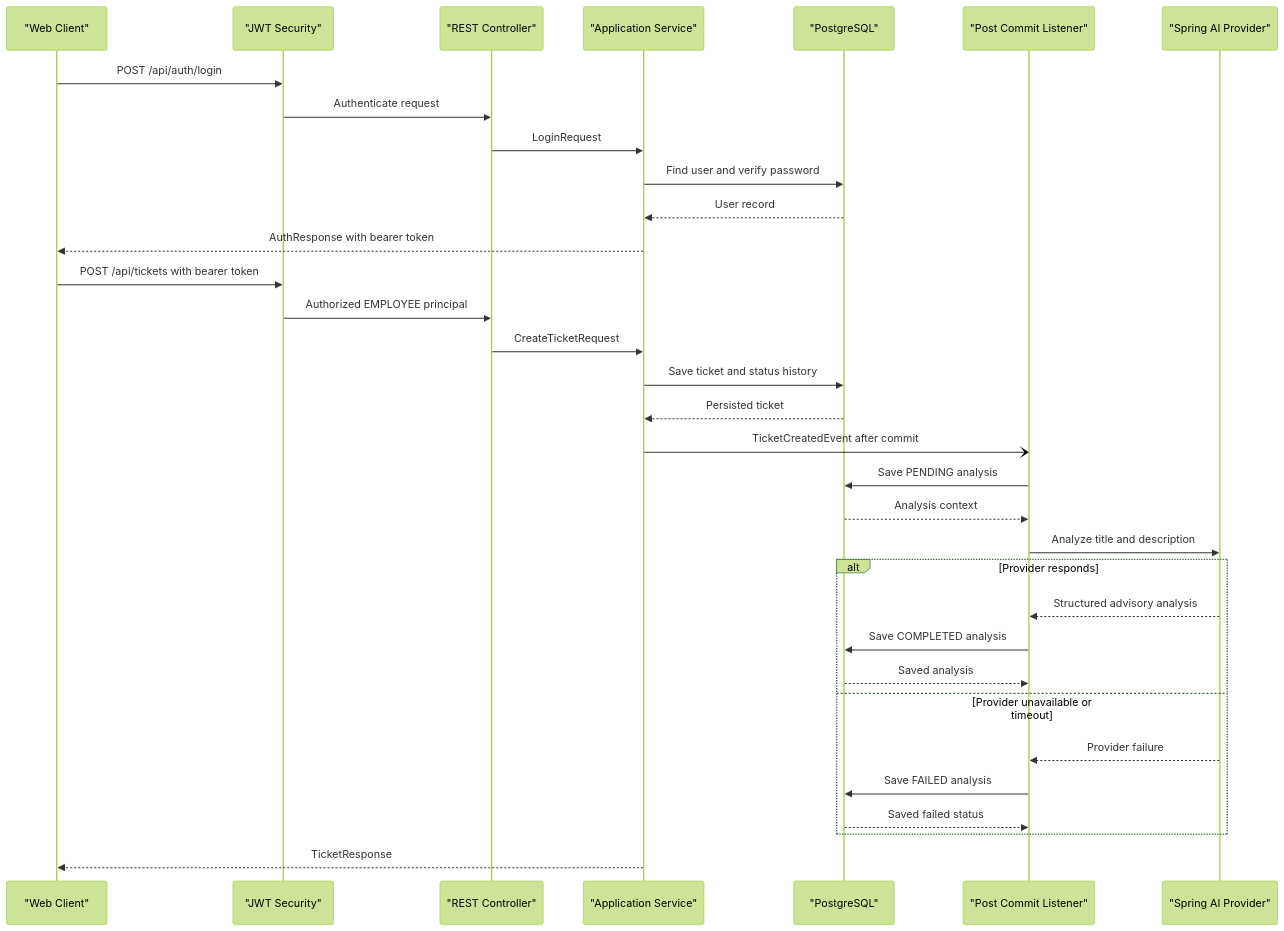
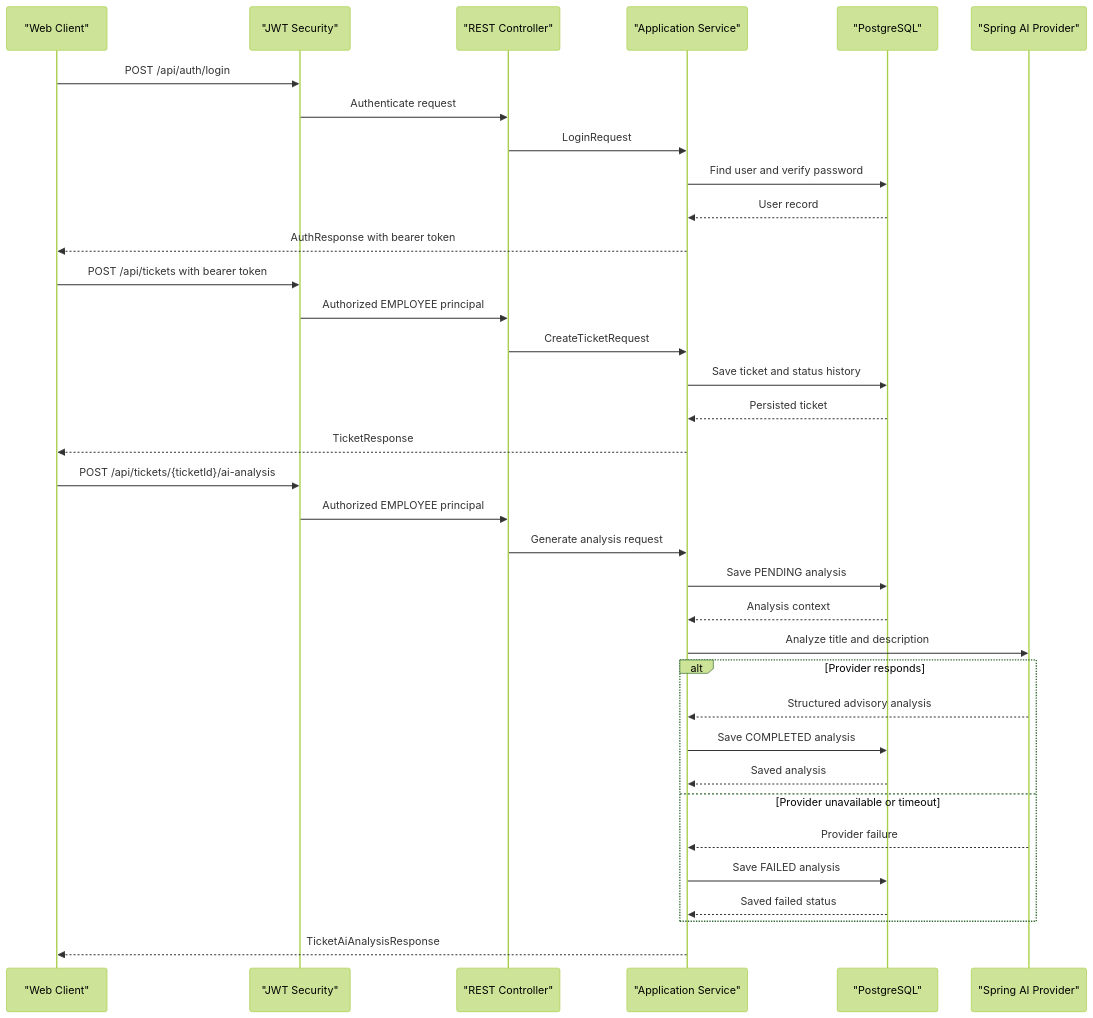
One commit to Vinay9897/SmartTicketResolve changed the diagram in .github/modernize/assessment/engines/facts/api-service-contracts.md. Above: the diagram before and after it, drawn with Mermaid (forest theme). The commit also changed other lines of this file and 15 other files, not shown here.

Commit message:
created Ai generated self service for employee and support engineer review ai generated response

```diff
--- a/.github/modernize/assessment/engines/facts/api-service-contracts.md
+++ b/.github/modernize/assessment/engines/facts/api-service-contracts.md
@@ -100,36 +99,38 @@
 ~~~mermaid
 sequenceDiagram
     participant Client as "Web Client"
     participant Security as "JWT Security"
     participant Controller as "REST Controller"
     participant Service as "Application Service"
     participant Database as "PostgreSQL"
-    participant Listener as "Post Commit Listener"
     participant AI as "Spring AI Provider"
 
     Client->>Security: POST /api/auth/login
     Security->>Controller: Authenticate request
     Controller->>Service: LoginRequest
     Service->>Database: Find user and verify password
     Database-->>Service: User record
     Service-->>Client: AuthResponse with bearer token
     Client->>Security: POST /api/tickets with bearer token
     Security->>Controller: Authorized EMPLOYEE principal
     Controller->>Service: CreateTicketRequest
     Service->>Database: Save ticket and status history
     Database-->>Service: Persisted ticket
-    Service-)Listener: TicketCreatedEvent after commit
-    Listener->>Database: Save PENDING analysis
-    Database-->>Listener: Analysis context
-    Listener->>AI: Analyze title and description
+    Service-->>Client: TicketResponse
+    Client->>Security: POST /api/tickets/{ticketId}/ai-analysis
+    Security->>Controller: Authorized EMPLOYEE principal
+    Controller->>Service: Generate analysis request
+    Service->>Database: Save PENDING analysis
+    Database-->>Service: Analysis context
+    Service->>AI: Analyze title and description
     alt Provider responds
-        AI-->>Listener: Structured advisory analysis
-        Listener->>Database: Save COMPLETED analysis
-        Database-->>Listener: Saved analysis
+        AI-->>Service: Structured advisory analysis
+        Service->>Database: Save COMPLETED analysis
+        Database-->>Service: Saved analysis
     else Provider unavailable or timeout
-        AI-->>Listener: Provider failure
-        Listener->>Database: Save FAILED analysis
-        Database-->>Listener: Saved failed status
+        AI-->>Service: Provider failure
+        Service->>Database: Save FAILED analysis
+        Database-->>Service: Saved failed status
     end
-    Service-->>Client: TicketResponse
+    Service-->>Client: TicketAiAnalysisResponse
 ~~~
```
